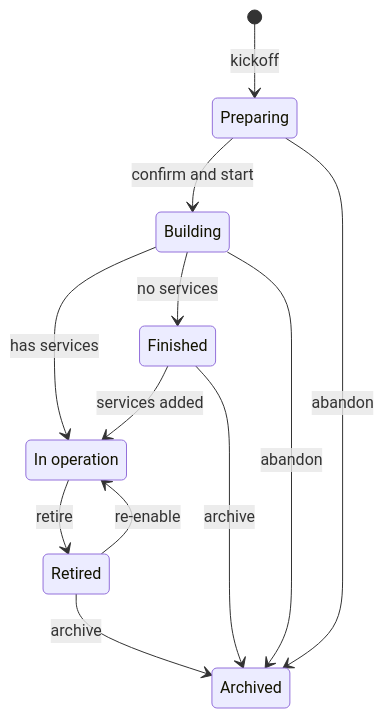
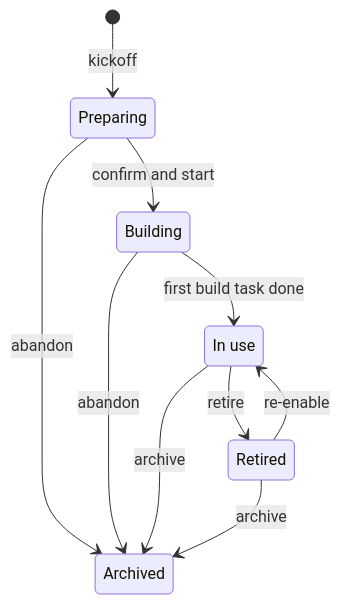
Before and after one commit to catmaniii/ergo: the fifth of 9 diagrams in README.en.md, drawn with Mermaid. The commit also changed other lines of this file and 40 other files, not shown here.

````diff
--- a/README.en.md
+++ b/README.en.md
@@ -207,21 +207,18 @@
 ```mermaid
 stateDiagram-v2
     state "Preparing" as prep
     state "Building" as build
-    state "In operation" as ops
-    state "Finished" as finished
+    state "In use" as inuse
     state "Retired" as retired
     state "Archived" as archived
 
     [*] --> prep : kickoff
     prep --> build : confirm and start
-    build --> ops : has services
-    build --> finished : no services
-    finished --> ops : services added
-    ops --> retired : retire
-    retired --> ops : re-enable
+    build --> inuse : first build task done
+    inuse --> retired : retire
+    retired --> inuse : re-enable
     prep --> archived : abandon
     build --> archived : abandon
-    finished --> archived : archive
+    inuse --> archived : archive
     retired --> archived : archive
 ```
````
